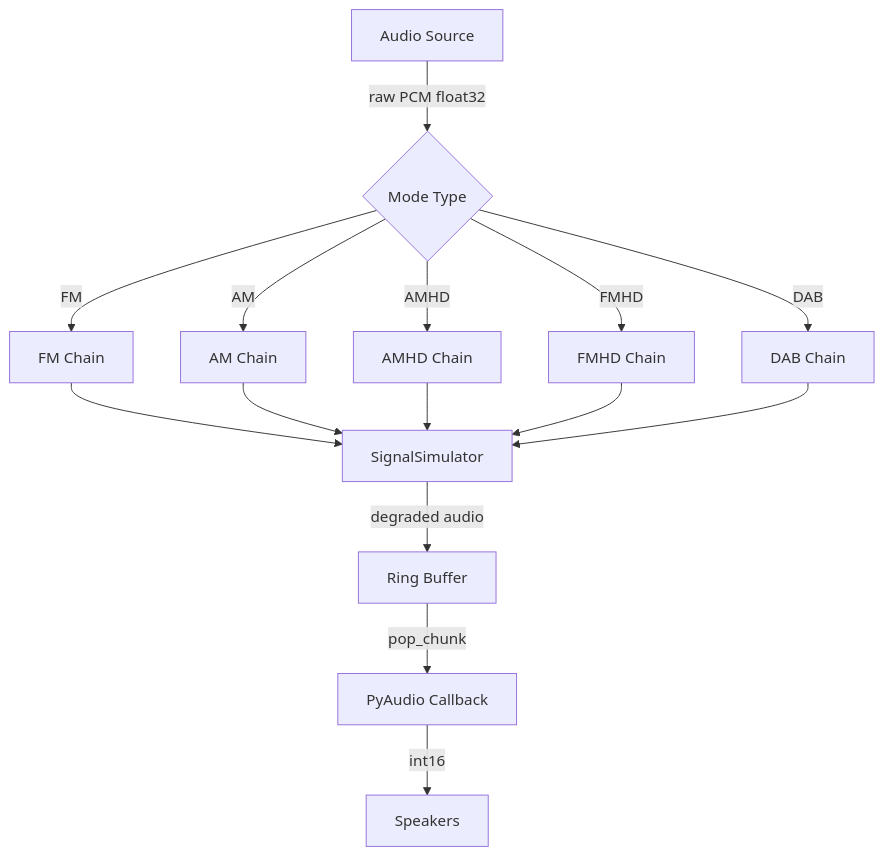
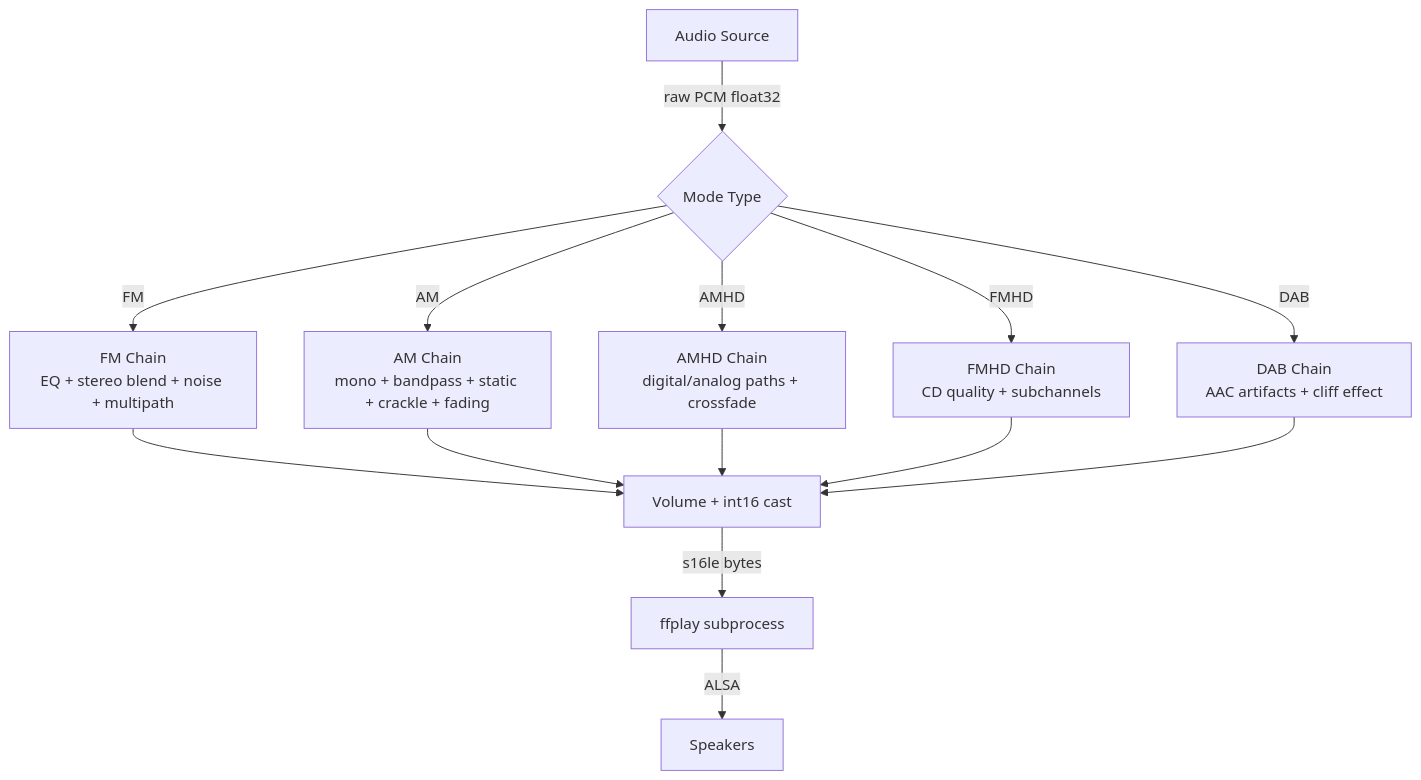
One commit to EnigmaK9/radio-sim changed the first of 9 diagrams in docs/flowcharts.md. Above: the diagram before and after it, drawn with Mermaid. The commit also changed other lines of this file and 23 other files, not shown here.

````diff
--- a/docs/flowcharts.md
+++ b/docs/flowcharts.md
@@ -5,19 +5,18 @@
 ```mermaid
 flowchart TD
     A[Audio Source] -->|raw PCM float32| B{Mode Type}
-    B -->|FM| C[FM Chain]
-    B -->|AM| D[AM Chain]
-    B -->|AMHD| E[AMHD Chain]
-    B -->|FMHD| F[FMHD Chain]
-    B -->|DAB| G[DAB Chain]
+    B -->|FM| C[FM Chain<br/>EQ + stereo blend + noise + multipath]
+    B -->|AM| D[AM Chain<br/>mono + bandpass + static + crackle + fading]
+    B -->|AMHD| E[AMHD Chain<br/>digital/analog paths + crossfade]
+    B -->|FMHD| F[FMHD Chain<br/>CD quality + subchannels]
+    B -->|DAB| G[DAB Chain<br/>AAC artifacts + cliff effect]
 
-    C --> H[SignalSimulator]
+    C --> H[Volume + int16 cast]
     D --> H
     E --> H
     F --> H
     G --> H
 
-    H -->|degraded audio| I[Ring Buffer]
-    I -->|pop_chunk| J[PyAudio Callback]
-    J -->|int16| K[Speakers]
+    H -->|s16le bytes| I[ffplay subprocess]
+    I -->|ALSA| J[Speakers]
 ```
````
